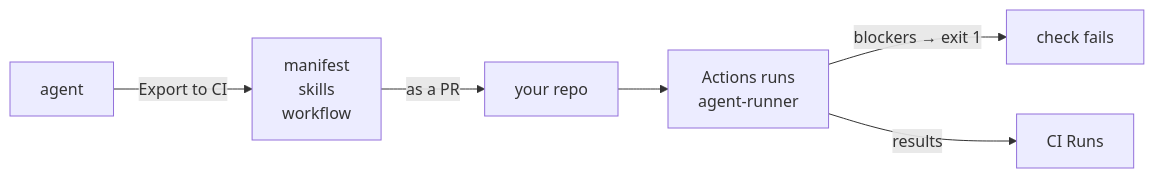
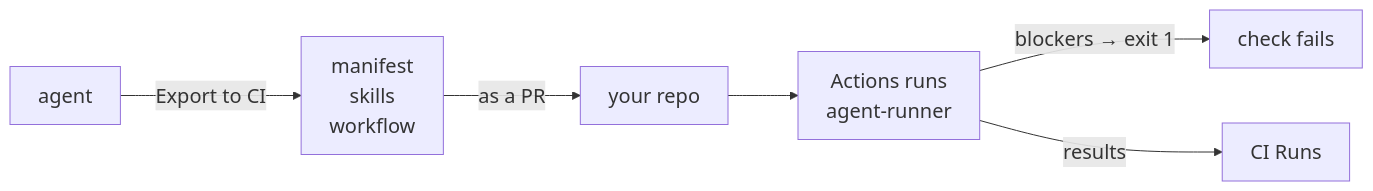
The second of 2 diagrams in README.md (AIengineerDev/dev-digest), drawn with Mermaid before and after one commit. The commit also changed other lines of this file, not shown here.

Commit message:
docs(readme): size the diagrams by font, not by label length
Shortening labels made the diagrams smaller, not larger: mermaid renders an
SVG at its natural size, and narrower boxes mean a narrower picture. Font size
and node spacing are the levers that actually change how large it draws, so
both diagrams now set them explicitly — 20px, from a default of 16.

````diff
--- a/README.md
+++ b/README.md
@@ -80,8 +81,9 @@
 ```mermaid
+%%{init: {"themeVariables": {"fontSize": "20px"}, "flowchart": {"nodeSpacing": 55, "rankSpacing": 70, "padding": 14}}}%%
 flowchart LR
   A["agent"] -->|"Export to CI"| F["manifest<br/>skills<br/>workflow"]
   F -->|"as a PR"| R["your repo"]
   R --> ACT["Actions runs<br/>agent-runner"]
   ACT -->|"blockers → exit 1"| CHK["check fails"]
   ACT -->|"results"| CI["CI Runs"]
 ```
````
